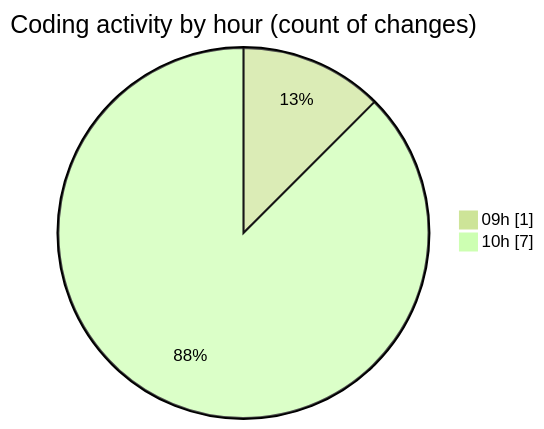
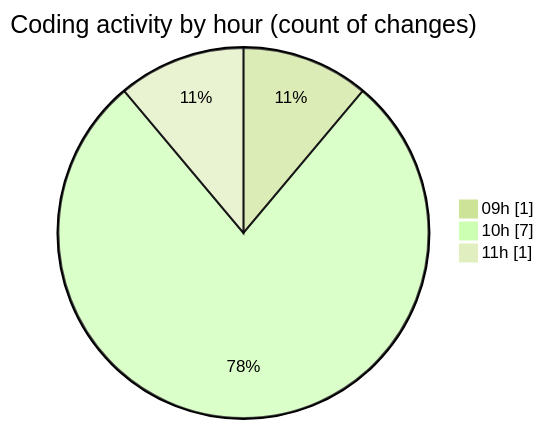
Before and after one commit to Elitesun/code-tracking: the second of 2 diagrams in 2025-02-12/elitegpt/README.md, drawn with Mermaid (forest theme). The commit also changed other lines of this file and 1 other file, not shown here.

````diff
--- a/2025-02-12/elitegpt/README.md
+++ b/2025-02-12/elitegpt/README.md
@@ -34,6 +35,7 @@
 ```mermaid
 pie showData
 title Coding activity by hour (count of changes)
 "09h" : 1
 "10h" : 7
+"11h" : 1
 ```
````
